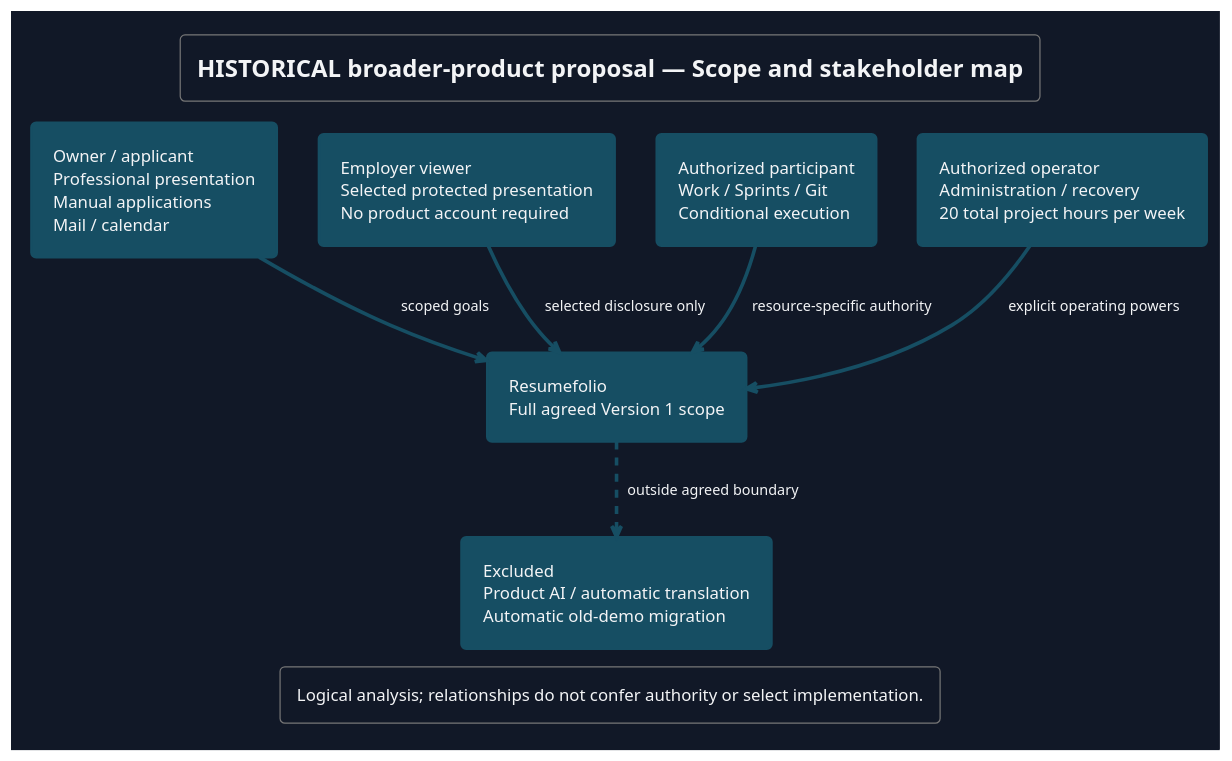
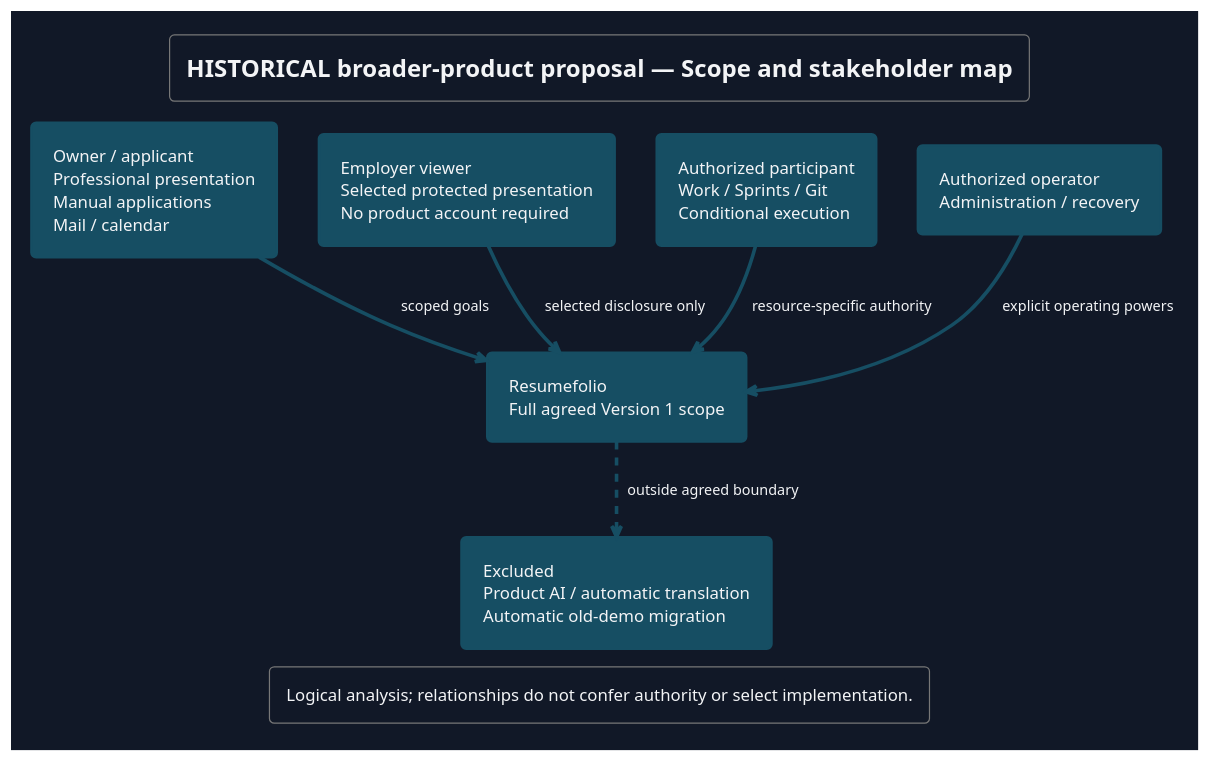
Before and after one commit to Farhad-V/Web-Resumefolio: the diagram in Docs/SDLC/04-System-Design/03-Low-Level-Design/Diagrams/Detailed/scope-stakeholder-map.puml, drawn with PlantUML. The commit also changed 34 other files, not shown here.

Commit message:
docs: align SDLC plans and diagrams with scope-driven delivery

```diff
--- a/Docs/SDLC/04-System-Design/03-Low-Level-Design/Diagrams/Detailed/scope-stakeholder-map.puml
+++ b/Docs/SDLC/04-System-Design/03-Low-Level-Design/Diagrams/Detailed/scope-stakeholder-map.puml
@@ -1,38 +1,38 @@
 @startuml
 !theme cyborg
 skinparam backgroundColor #111827
 skinparam defaultFontColor #F3F4F6
 skinparam backgroundColor #111827
 skinparam defaultFontName Segoe UI
 skinparam defaultFontSize 14
 skinparam shadowing false
 skinparam ArrowColor #164E63
 skinparam ArrowFontSize 12
 skinparam rectangleBackgroundColor #164E63
 skinparam rectangleBorderColor #164E63
 skinparam packageBackgroundColor #164E63
 skinparam packageBorderColor #164E63
 skinparam componentBackgroundColor #164E63
 skinparam noteBackgroundColor #164E63
 skinparam noteBorderColor #164E63
 skinparam nodesep 35
 skinparam ranksep 45
 skinparam padding 8
 title HISTORICAL broader-product proposal — Scope and stakeholder map
 top to bottom direction
 rectangle "Resumefolio\nFull agreed Version 1 scope" as system
 rectangle "Owner / applicant\nProfessional presentation\nManual applications\nMail / calendar" as owner
 rectangle "Employer viewer\nSelected protected presentation\nNo product account required" as viewer
 rectangle "Authorized participant\nWork / Sprints / Git\nConditional execution" as participant
-rectangle "Authorized operator\nAdministration / recovery\n20 total project hours per week" as operator
+rectangle "Authorized operator\nAdministration / recovery" as operator
 rectangle "Excluded\nProduct AI / automatic translation\nAutomatic old-demo migration" as excluded #164E63
 owner --> system : scoped goals
 viewer --> system : selected disclosure only
 participant --> system : resource-specific authority
 operator --> system : explicit operating powers
 system ..> excluded : outside agreed boundary
 
 legend bottom
 Logical analysis; relationships do not confer authority or select implementation.
 endlegend
 @enduml
```
